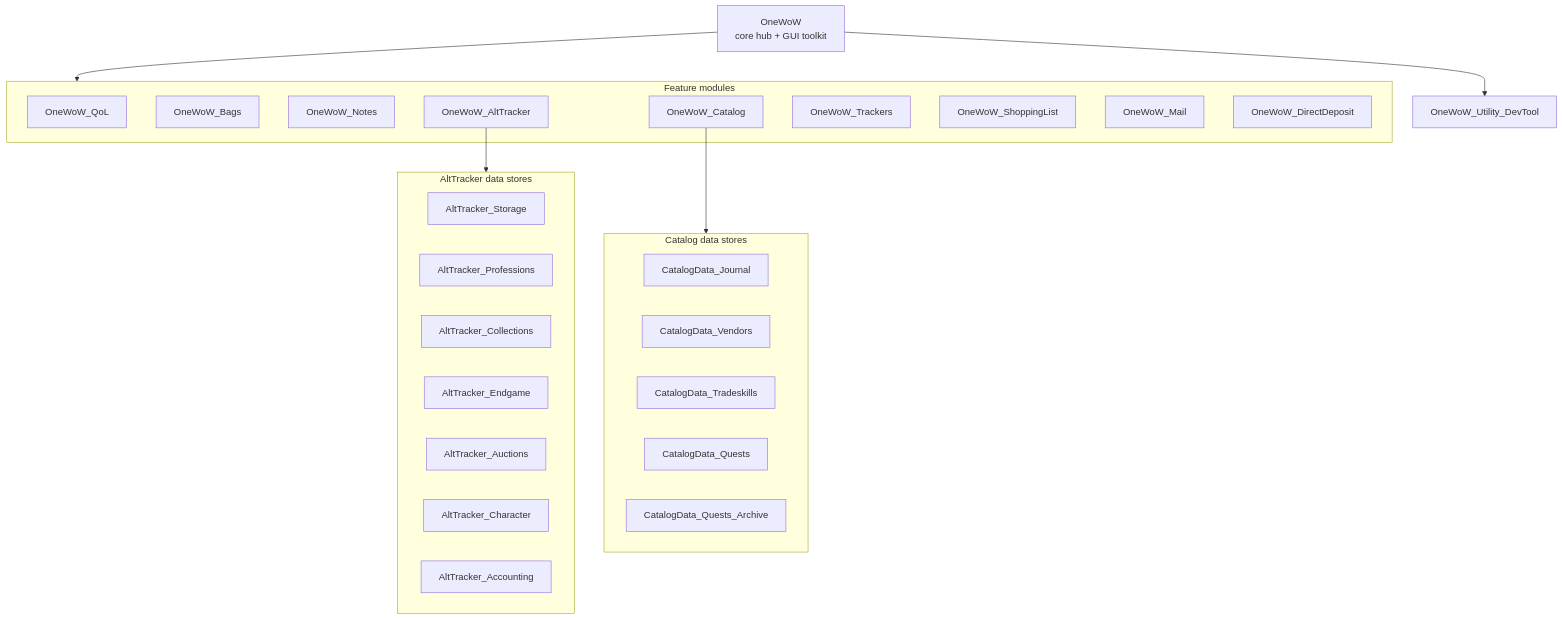
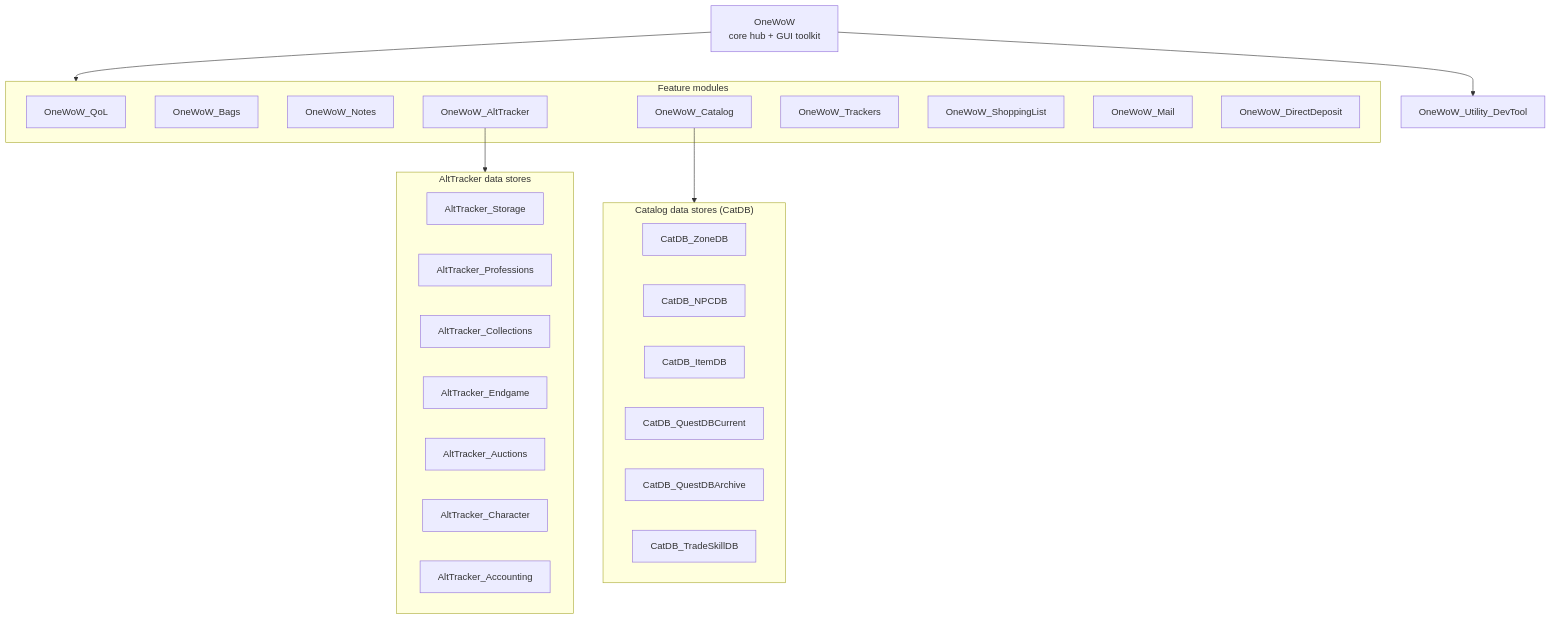
Before and after one commit to MichinMigugin/OneWoW_Suite: the diagram in README.md, drawn with Mermaid. The commit also changed other lines of this file and 504 other files, not shown here.

Commit message:
Cut Catalog over to CatDB packs and add Collectibles and Housing tabs.

````diff
--- a/README.md
+++ b/README.md
@@ -24,40 +24,41 @@
 ```mermaid
 flowchart TB
     OW["OneWoW<br/>core hub + GUI toolkit"]
 
     subgraph Features["Feature modules"]
         QoL[OneWoW_QoL]
         Bags[OneWoW_Bags]
         Notes[OneWoW_Notes]
         Alt[OneWoW_AltTracker]
         Catalog[OneWoW_Catalog]
         Trackers[OneWoW_Trackers]
         Shop[OneWoW_ShoppingList]
         Mail[OneWoW_Mail]
         DD[OneWoW_DirectDeposit]
     end
     OW --> Features
 
-    subgraph CatalogData["Catalog data stores"]
-        CDJ[CatalogData_Journal]
-        CDV[CatalogData_Vendors]
-        CDT[CatalogData_Tradeskills]
-        CDQ[CatalogData_Quests]
-        CDQA[CatalogData_Quests_Archive]
+    subgraph CatalogData["Catalog data stores (CatDB)"]
+        ZoneDB[CatDB_ZoneDB]
+        NPCDB[CatDB_NPCDB]
+        ItemDB[CatDB_ItemDB]
+        QuestCur[CatDB_QuestDBCurrent]
+        QuestArc[CatDB_QuestDBArchive]
+        Trade[CatDB_TradeSkillDB]
     end
     Catalog --> CatalogData
 
     subgraph AltData["AltTracker data stores"]
         AltS[AltTracker_Storage]
         AltP[AltTracker_Professions]
         AltC[AltTracker_Collections]
         AltE[AltTracker_Endgame]
         AltA[AltTracker_Auctions]
         AltCh[AltTracker_Character]
         AltAc[AltTracker_Accounting]
     end
     Alt --> AltData
 
     DevTool[OneWoW_Utility_DevTool]
     OW --> DevTool
 ```
````
